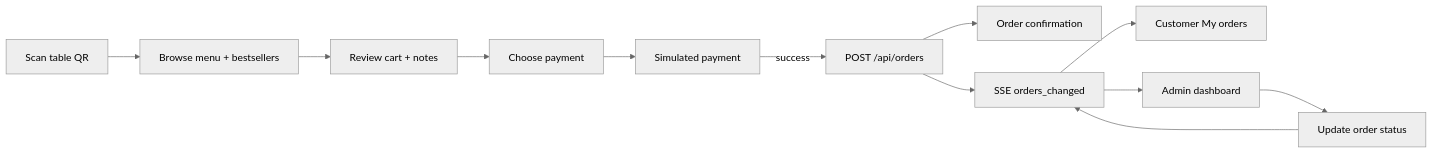
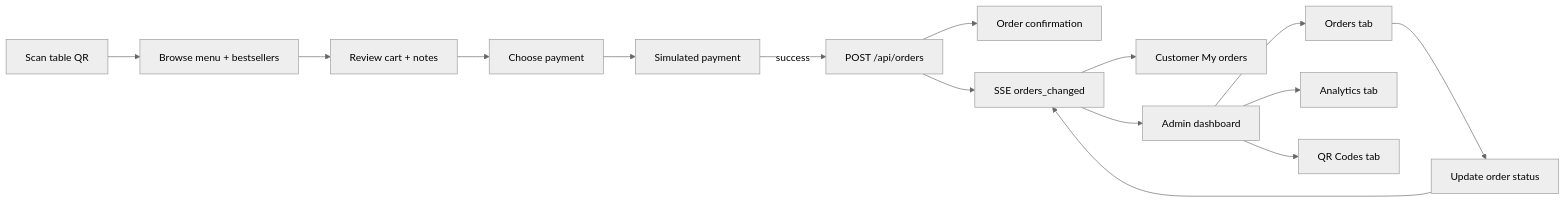
One commit to Leh0000/QR-Order-System changed the diagram in README.md. Above: the diagram before and after it, drawn with Mermaid (neutral theme). The commit also changed other lines of this file, not shown here.

````diff
--- a/README.md
+++ b/README.md
@@ -280,14 +312,17 @@
 ```mermaid
 flowchart LR
   QR[Scan table QR] --> Menu[Browse menu + bestsellers]
   Menu --> Cart[Review cart + notes]
   Cart --> Checkout[Choose payment]
   Checkout --> Pay[Simulated payment]
   Pay -->|success| API[POST /api/orders]
   API --> Confirm[Order confirmation]
   API --> SSE[SSE orders_changed]
   SSE --> MyOrders[Customer My orders]
   SSE --> Admin[Admin dashboard]
-  Admin --> Status[Update order status]
+  Admin --> Orders[Orders tab]
+  Admin --> Analytics[Analytics tab]
+  Admin --> QRTab[QR Codes tab]
+  Orders --> Status[Update order status]
   Status --> SSE
 ```
````
